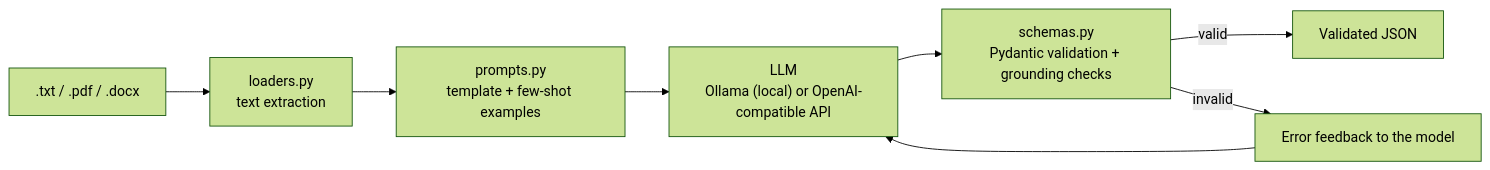
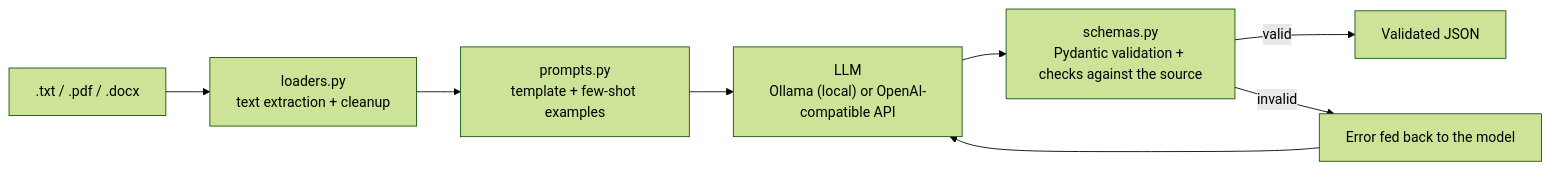
The diagram in Structured_LLM_Prompt_Pipeline_And_JSON_Extractor/README.md (Iman-Ahmad/Datheon_Generative_AI_Internship), drawn with Mermaid (forest theme) before and after one commit. The commit also changed other lines of this file and 4 other files, not shown here.

Commit message:
Rewrite READMEs for all projects with architecture, results and limitations

````diff
--- a/Structured_LLM_Prompt_Pipeline_And_JSON_Extractor/README.md
+++ b/Structured_LLM_Prompt_Pipeline_And_JSON_Extractor/README.md
@@ -24,10 +27,10 @@
 ```mermaid
 flowchart LR
-    A[".txt / .pdf / .docx"] --> B["loaders.py<br/>text extraction"]
+    A[".txt / .pdf / .docx"] --> B["loaders.py<br/>text extraction + cleanup"]
     B --> C["prompts.py<br/>template + few-shot examples"]
     C --> D["LLM<br/>Ollama (local) or OpenAI-compatible API"]
-    D --> E["schemas.py<br/>Pydantic validation + grounding checks"]
+    D --> E["schemas.py<br/>Pydantic validation + checks against the source"]
     E -->|valid| F["Validated JSON"]
-    E -->|invalid| G["Error feedback to the model"]
+    E -->|invalid| G["Error fed back to the model"]
     G --> D
 ```
````
